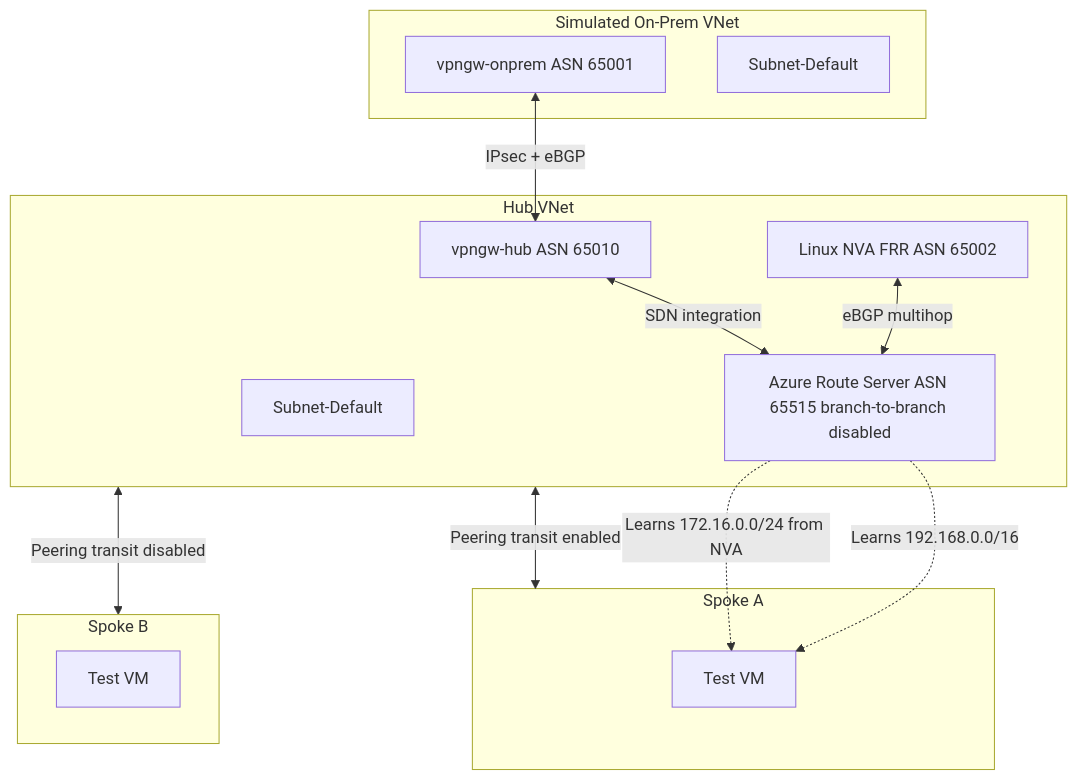
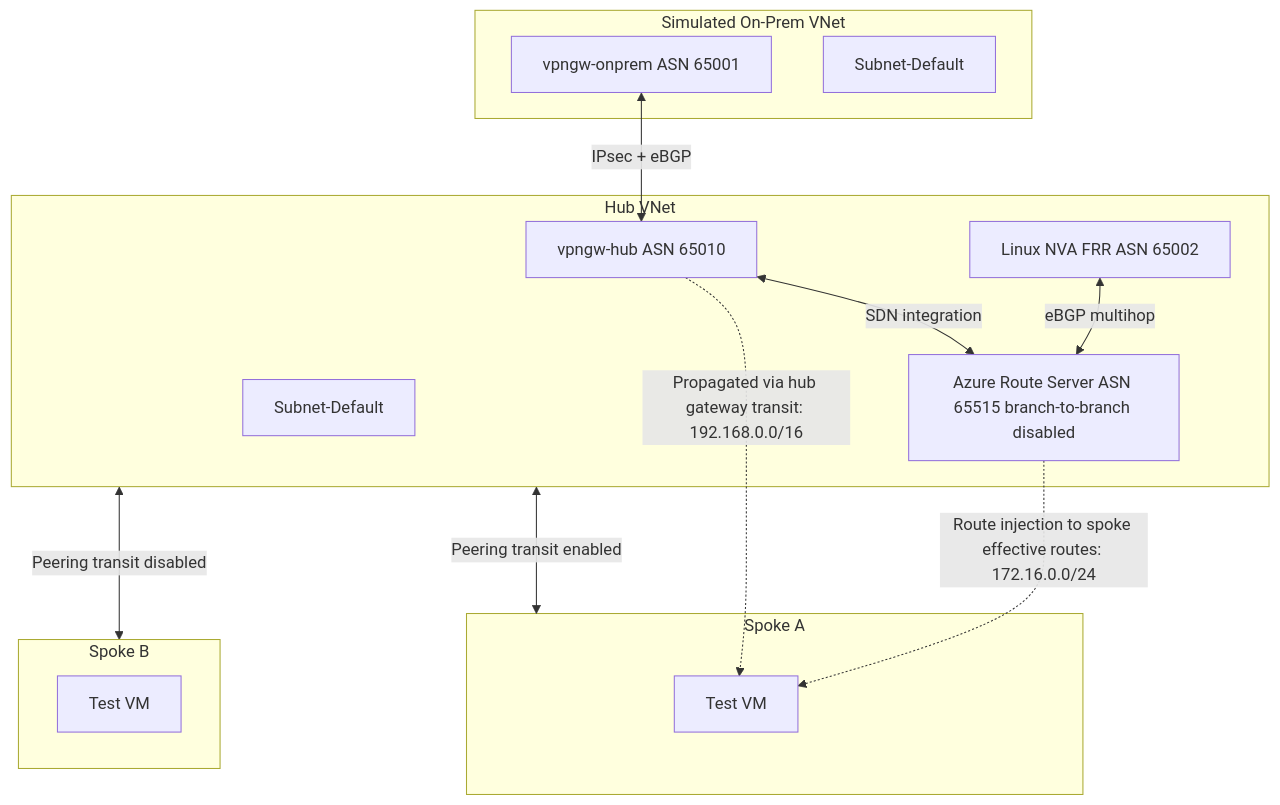
The diagram in README.md (code2gnana/az-ars-lab-test), drawn with Mermaid before and after one commit. The commit also changed other lines of this file and 3 other files, not shown here.

````diff
--- a/README.md
+++ b/README.md
@@ -92,32 +93,32 @@
 ```mermaid
 graph TD
     subgraph OnPrem [Simulated On-Prem VNet]
       OPGW[vpngw-onprem ASN 65001]
       OPSN[Subnet-Default]
     end
 
     subgraph Hub [Hub VNet]
       HPGW[vpngw-hub ASN 65010]
       ARS[Azure Route Server ASN 65515 branch-to-branch disabled]
       NVA[Linux NVA FRR ASN 65002]
       HSN[Subnet-Default]
     end
 
     subgraph SA [Spoke A]
       SAHOST[Test VM]
     end
 
     subgraph SB [Spoke B]
       SBHOST[Test VM]
     end
 
     OPGW <-->|IPsec + eBGP| HPGW
     HPGW <-->|SDN integration| ARS
     NVA <-->|eBGP multihop| ARS
 
     Hub <-->|Peering transit enabled| SA
     Hub <--->|Peering transit disabled| SB
 
-    ARS -.->|Learns 192.168.0.0/16| SAHOST
-    ARS -.->|Learns 172.16.0.0/24 from NVA| SAHOST
+    HPGW -.->|Propagated via hub gateway transit: 192.168.0.0/16| SAHOST
+    ARS -.->|Route injection to spoke effective routes: 172.16.0.0/24| SAHOST
 ```
````
